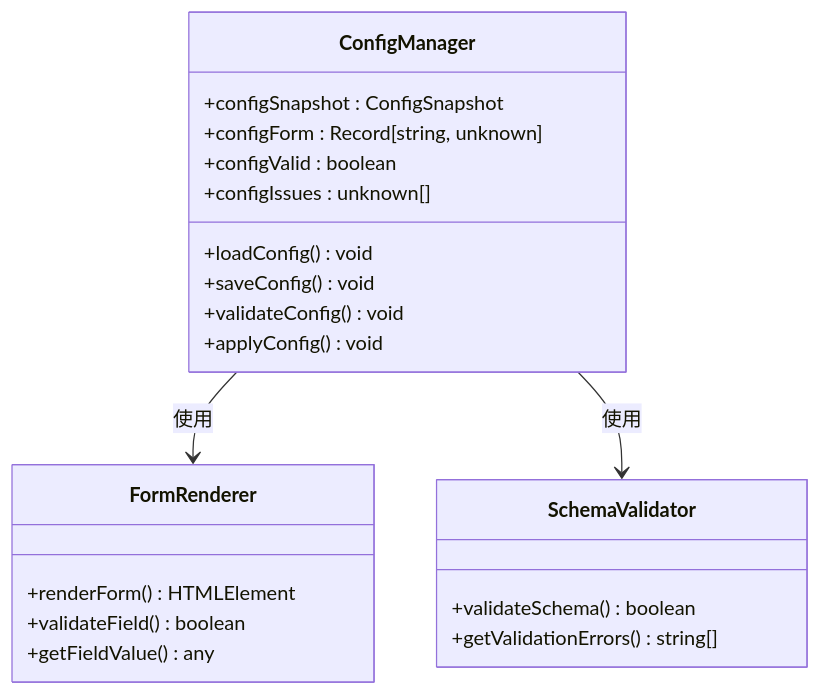
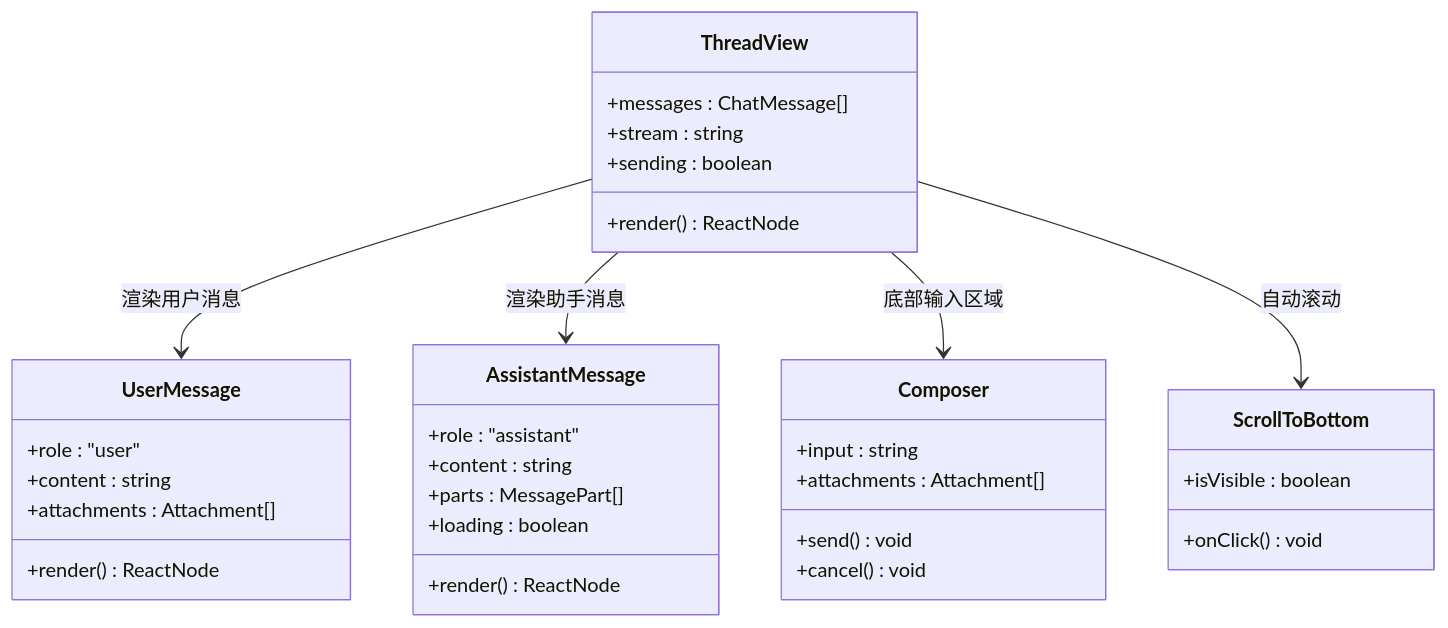
The tenth of 21 diagrams in .qoder/repowiki/zh/content/Web界面/UI组件系统/UI组件系统.md (verse-ai-org/openclaw), drawn with Mermaid before and after one commit. The commit also changed other lines of this file and 75 other files, not shown here.

````diff
--- a/.qoder/repowiki/zh/content/Web界面/UI组件系统/UI组件系统.md
+++ b/.qoder/repowiki/zh/content/Web界面/UI组件系统/UI组件系统.md
@@ -1343,24 +635,36 @@
 ```mermaid
 classDiagram
-class ConfigManager {
-+configSnapshot : ConfigSnapshot
-+configForm : Record[string, unknown]
-+configValid : boolean
-+configIssues : unknown[]
-+loadConfig() void
-+saveConfig() void
-+validateConfig() void
-+applyConfig() void
+class ThreadView {
++messages : ChatMessage[]
++stream : string
++sending : boolean
++render() ReactNode
 }
-class FormRenderer {
-+renderForm() HTMLElement
-+validateField() boolean
-+getFieldValue() any
+class UserMessage {
++role : "user"
++content : string
++attachments : Attachment[]
++render() ReactNode
 }
-class SchemaValidator {
-+validateSchema() boolean
-+getValidationErrors() string[]
+class AssistantMessage {
++role : "assistant"
++content : string
++parts : MessagePart[]
++loading : boolean
++render() ReactNode
 }
-ConfigManager --> FormRenderer : 使用
-ConfigManager --> SchemaValidator : 使用
+class Composer {
++input : string
++attachments : Attachment[]
++send() void
++cancel() void
+}
+class ScrollToBottom {
++isVisible : boolean
++onClick() void
+}
+ThreadView --> UserMessage : 渲染用户消息
+ThreadView --> AssistantMessage : 渲染助手消息
+ThreadView --> Composer : 底部输入区域
+ThreadView --> ScrollToBottom : 自动滚动
 ```
````
